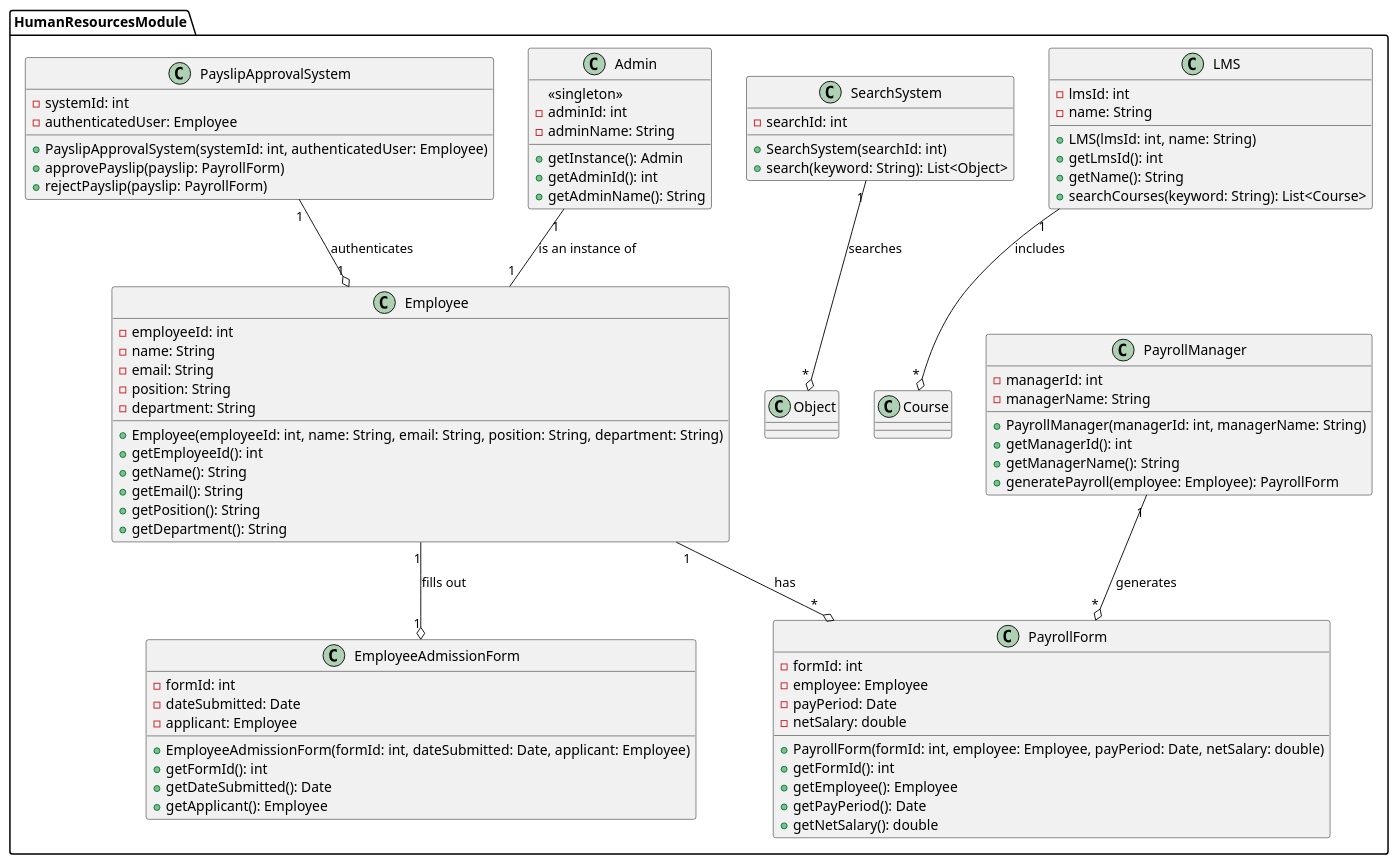
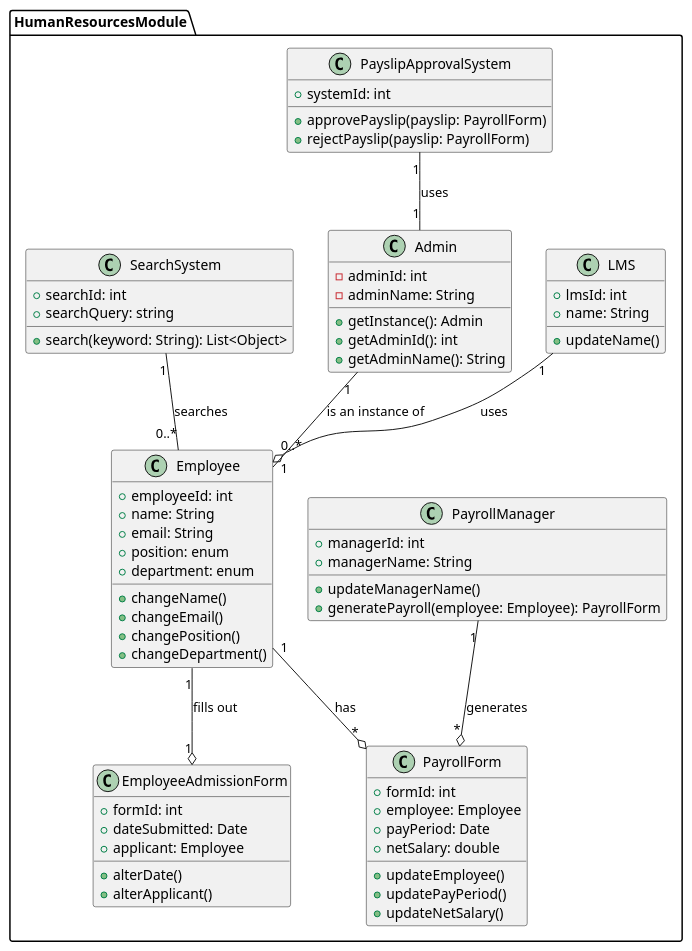
One commit to anshium/DASS-Assignment-3-IMS-System-Design changed the diagram in human_resources.plantuml. Above: the diagram before and after it, drawn with PlantUML. The commit also changed 2 other files, not shown here.

Commit message:
update admissions class diagram

```diff
--- a/human_resources.plantuml
+++ b/human_resources.plantuml
@@ -1,90 +1,85 @@
 @startuml employee
 
 package HumanResourcesModule {
 
 	class Employee {
-	-employeeId: int
-	-name: String
-	-email: String
-	-position: String
-	-department: String
-	+Employee(employeeId: int, name: String, email: String, position: String, department: String)
-	+getEmployeeId(): int
-	+getName(): String
-	+getEmail(): String
-	+getPosition(): String
-	+getDepartment(): String
+		+ employeeId: int
+		+ name: String
+		+ email: String
+		+ position: enum
+		+ department: enum
+
+		+ changeName() 
+		+ changeEmail() 
+		+ changePosition() 
+		+ changeDepartment() 
 	}
 
 	class EmployeeAdmissionForm {
-	-formId: int
-	-dateSubmitted: Date
-	-applicant: Employee
-	+EmployeeAdmissionForm(formId: int, dateSubmitted: Date, applicant: Employee)
-	+getFormId(): int
-	+getDateSubmitted(): Date
-	+getApplicant(): Employee
+		+ formId: int
+		+ dateSubmitted: Date
+		+ applicant: Employee
+		
+		+ alterDate()
+		+ alterApplicant()
 	}
 
 	class PayrollManager {
-	-managerId: int
-	-managerName: String
-	+PayrollManager(managerId: int, managerName: String)
-	+getManagerId(): int
-	+getManagerName(): String
-	+generatePayroll(employee: Employee): PayrollForm
+		+ managerId: int
+		+ managerName: String
+
+		+ updateManagerName()
+		+ generatePayroll(employee: Employee): PayrollForm
 	}
 
 	class PayrollForm {
-	-formId: int
-	-employee: Employee
-	-payPeriod: Date
-	-netSalary: double
-	+PayrollForm(formId: int, employee: Employee, payPeriod: Date, netSalary: double)
-	+getFormId(): int
-	+getEmployee(): Employee
-	+getPayPeriod(): Date
-	+getNetSalary(): double
+		+ formId: int
+		+ employee: Employee
+		+ payPeriod: Date
+		+ netSalary: double
+		
+		+ updateEmployee()
+		+ updatePayPeriod()
+		+ updateNetSalary()
+
 	}
 
 	class LMS {
-	-lmsId: int
-	-name: String
-	+LMS(lmsId: int, name: String)
-	+getLmsId(): int
-	+getName(): String
-	+searchCourses(keyword: String): List<Course>
+		+ lmsId: int
+		+ name: String
+		
+		+ updateName()
 	}
 
 	class PayslipApprovalSystem {
-	-systemId: int
-	-authenticatedUser: Employee
-	+PayslipApprovalSystem(systemId: int, authenticatedUser: Employee)
-	+approvePayslip(payslip: PayrollForm)
-	+rejectPayslip(payslip: PayrollForm)
+		+ systemId: int
+
+		+ approvePayslip(payslip: PayrollForm)
+		+ rejectPayslip(payslip: PayrollForm)
 	}
 
 	class SearchSystem {
-	-searchId: int
-	+SearchSystem(searchId: int)
-	+search(keyword: String): List<Object>
+		+ searchId: int
+		+ searchQuery: string
+		
+		+ search(keyword: String): List<Object>
 	}
 
 	class Admin {
-	<<singleton>>
-	-adminId: int
-	-adminName: String
-	+getInstance(): Admin
-	+getAdminId(): int
-	+getAdminName(): String
+		- adminId: int
+		- adminName: String
+		+ getInstance(): Admin
+		+ getAdminId(): int
+		+ getAdminName(): String
 	}
 
 	Employee "1" --o "1" EmployeeAdmissionForm : fills out
 	PayrollManager "1" --o "*" PayrollForm : generates
 	Employee "1" --o "*" PayrollForm : has
-	LMS "1" --o "*" Course : includes
-	PayslipApprovalSystem "1" --o "1" Employee : authenticates
-	SearchSystem "1" --o "*" Object : searches
+	LMS "1" --o "0..*" Employee : uses
+	PayslipApprovalSystem "1" -- "1" Admin : uses
 	Admin "1" -- "1" Employee : is an instance of
+
+	SearchSystem "1" -- "0..*" "Employee": searches
 }
 @enduml
```
